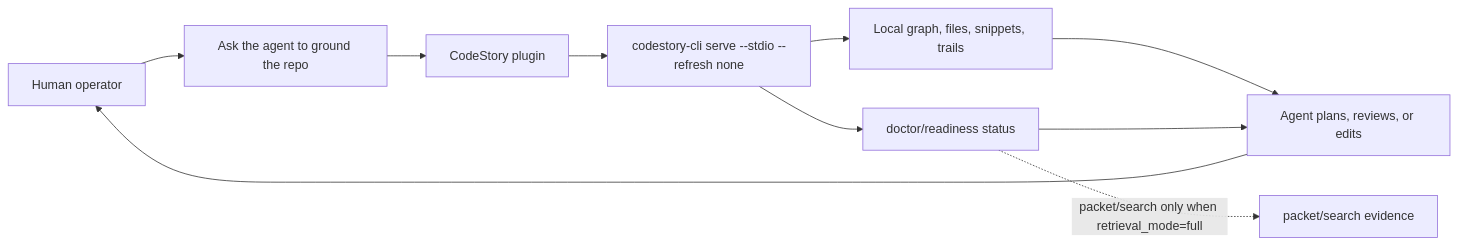
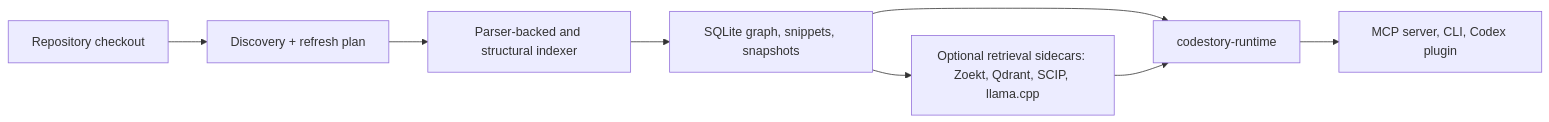
The diagram in README.md (TheGreenCedar/CodeStory), drawn with Mermaid before and after one commit. The commit also changed other lines of this file, not shown here.

First line of the commit message:
[Docs] Rewrite README around product story (#344)

````diff
--- a/README.md
+++ b/README.md
@@ -56,12 +84,10 @@
 ```mermaid
 flowchart LR
-    Human["Human operator"] --> Prompt["Ask the agent to ground the repo"]
-    Prompt --> Plugin["CodeStory plugin"]
-    Plugin --> Runtime["codestory-cli serve --stdio --refresh none"]
-    Runtime --> Evidence["Local graph, files, snippets, trails"]
-    Runtime --> Readiness["doctor/readiness status"]
-    Evidence --> Agent["Agent plans, reviews, or edits"]
-    Readiness --> Agent
-    Agent --> Human
-    Readiness -. "packet/search only when retrieval_mode=full" .-> Packet["packet/search evidence"]
+    Repo["Repository checkout"] --> Discovery["Discovery + refresh plan"]
+    Discovery --> Indexer["Parser-backed and structural indexer"]
+    Indexer --> Graph["SQLite graph, snippets, snapshots"]
+    Graph --> Sidecars["Optional retrieval sidecars: Zoekt, Qdrant, SCIP, llama.cpp"]
+    Graph --> Runtime["codestory-runtime"]
+    Sidecars --> Runtime
+    Runtime --> Surfaces["MCP server, CLI, Codex plugin"]
 ```
````
